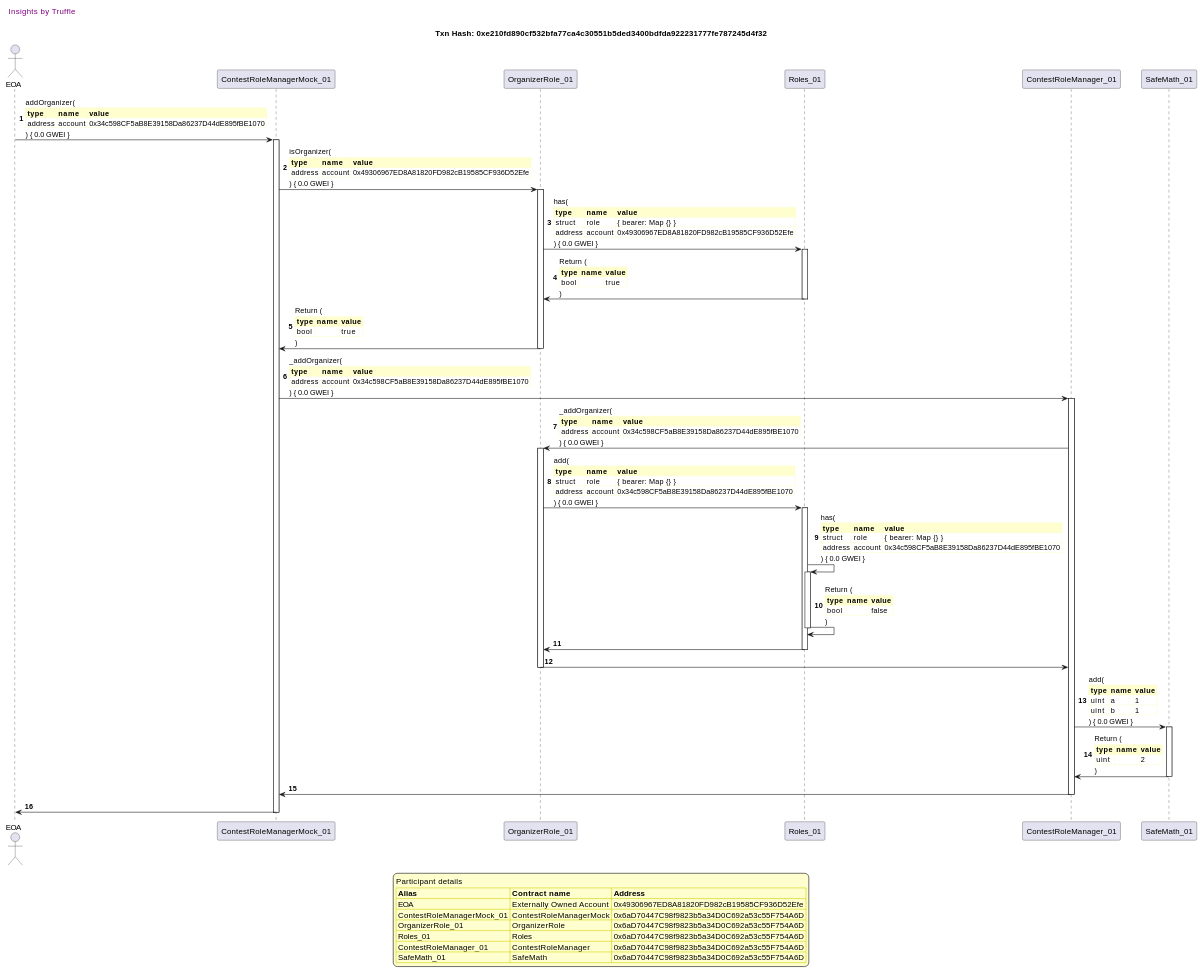
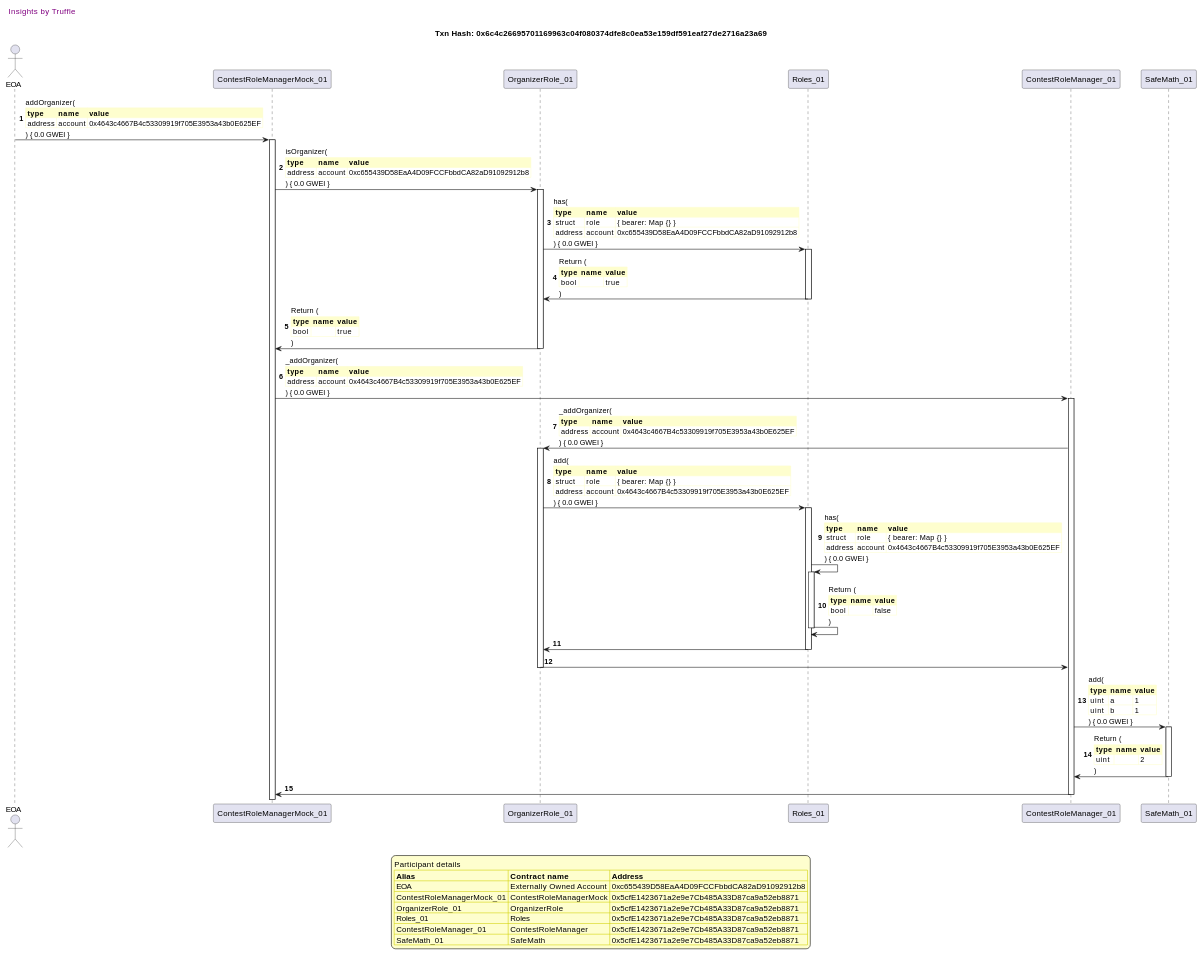
Before and after one commit to fodisi/hackapay: the eighth of 20 diagrams in truffle-seq/roles_contestrolemanager.md, drawn with PlantUML. The commit also changed other lines of this file and 10 other files, not shown here.

```diff
--- a/truffle-seq/roles_contestrolemanager.md
+++ b/truffle-seq/roles_contestrolemanager.md
@@ -658,7 +652,7 @@
 
 header Insights by Truffle
 
-title Txn Hash: 0xe210fd890cf532bfa77ca4c30551b5ded3400bdfda922231777fe787245d4f32
+title Txn Hash: 0x6c4c26695701169963c04f080374dfe8c0ea53e159df591eaf27de2716a23a69
 
 
 actor EOA as "EOA"
@@ -670,16 +664,16 @@
 
 "EOA" -> "ContestRoleManagerMock_01" ++: addOrganizer(\n\
 <#FEFECE,#FEFECE>|= type |= name |= value |\n\
-| address | account | 0x34c598CF5aB8E39158Da86237D44dE895fBE1070 |\n\
+| address | account | 0x4643c4667B4c53309919f705E3953a43b0E625EF |\n\
 ) { 0.0 GWEI }
 "ContestRoleManagerMock_01" -> "OrganizerRole_01" ++: isOrganizer(\n\
 <#FEFECE,#FEFECE>|= type |= name |= value |\n\
-| address | account | 0x49306967ED8A81820FD982cB19585CF936D52Efe |\n\
+| address | account | 0xc655439D58EaA4D09FCCFbbdCA82aD91092912b8 |\n\
 ) { 0.0 GWEI }
 "OrganizerRole_01" -> "Roles_01" ++: has(\n\
 <#FEFECE,#FEFECE>|= type |= name |= value |\n\
 | struct | role | { bearer: Map {} } |\n\
-| address | account | 0x49306967ED8A81820FD982cB19585CF936D52Efe |\n\
+| address | account | 0xc655439D58EaA4D09FCCFbbdCA82aD91092912b8 |\n\
 ) { 0.0 GWEI }
 "Roles_01" -> "OrganizerRole_01" --: Return (\n\
 <#FEFECE,#FEFECE>|= type |= name |= value |\n\
@@ -691,21 +685,21 @@
 )
 "ContestRoleManagerMock_01" -> "ContestRoleManager_01" ++: _addOrganizer(\n\
 <#FEFECE,#FEFECE>|= type |= name |= value |\n\
-| address | account | 0x34c598CF5aB8E39158Da86237D44dE895fBE1070 |\n\
+| address | account | 0x4643c4667B4c53309919f705E3953a43b0E625EF |\n\
 ) { 0.0 GWEI }
 "ContestRoleManager_01" -> "OrganizerRole_01" ++: _addOrganizer(\n\
 <#FEFECE,#FEFECE>|= type |= name |= value |\n\
-| address | account | 0x34c598CF5aB8E39158Da86237D44dE895fBE1070 |\n\
+| address | account | 0x4643c4667B4c53309919f705E3953a43b0E625EF |\n\
 ) { 0.0 GWEI }
 "OrganizerRole_01" -> "Roles_01" ++: add(\n\
 <#FEFECE,#FEFECE>|= type |= name |= value |\n\
 | struct | role | { bearer: Map {} } |\n\
-| address | account | 0x34c598CF5aB8E39158Da86237D44dE895fBE1070 |\n\
+| address | account | 0x4643c4667B4c53309919f705E3953a43b0E625EF |\n\
 ) { 0.0 GWEI }
 "Roles_01" -> "Roles_01" ++: has(\n\
 <#FEFECE,#FEFECE>|= type |= name |= value |\n\
 | struct | role | { bearer: Map {} } |\n\
-| address | account | 0x34c598CF5aB8E39158Da86237D44dE895fBE1070 |\n\
+| address | account | 0x4643c4667B4c53309919f705E3953a43b0E625EF |\n\
 ) { 0.0 GWEI }
 "Roles_01" -> "Roles_01" --: Return (\n\
 <#FEFECE,#FEFECE>|= type |= name |= value |\n\
@@ -723,17 +717,16 @@
 | uint |  | 2 |\n\
 )
 "ContestRoleManager_01" -> "ContestRoleManagerMock_01" --: 
-"ContestRoleManagerMock_01" -> "EOA" --: 
 
 legend
 Participant details
 <#FEFECE,#D0D000>|= Alias |= Contract name |= Address |
-<#FEFECE>| EOA | Externally Owned Account | 0x49306967ED8A81820FD982cB19585CF936D52Efe |
-<#FEFECE>| ContestRoleManagerMock_01 | ContestRoleManagerMock | 0x6aD70447C98f9823b5a34D0C692a53c55F754A6D |
-<#FEFECE>| OrganizerRole_01 | OrganizerRole | 0x6aD70447C98f9823b5a34D0C692a53c55F754A6D |
-<#FEFECE>| Roles_01 | Roles | 0x6aD70447C98f9823b5a34D0C692a53c55F754A6D |
-<#FEFECE>| ContestRoleManager_01 | ContestRoleManager | 0x6aD70447C98f9823b5a34D0C692a53c55F754A6D |
-<#FEFECE>| SafeMath_01 | SafeMath | 0x6aD70447C98f9823b5a34D0C692a53c55F754A6D |
+<#FEFECE>| EOA | Externally Owned Account | 0xc655439D58EaA4D09FCCFbbdCA82aD91092912b8 |
+<#FEFECE>| ContestRoleManagerMock_01 | ContestRoleManagerMock | 0x5cfE1423671a2e9e7Cb485A33D87ca9a52eb8871 |
+<#FEFECE>| OrganizerRole_01 | OrganizerRole | 0x5cfE1423671a2e9e7Cb485A33D87ca9a52eb8871 |
+<#FEFECE>| Roles_01 | Roles | 0x5cfE1423671a2e9e7Cb485A33D87ca9a52eb8871 |
+<#FEFECE>| ContestRoleManager_01 | ContestRoleManager | 0x5cfE1423671a2e9e7Cb485A33D87ca9a52eb8871 |
+<#FEFECE>| SafeMath_01 | SafeMath | 0x5cfE1423671a2e9e7Cb485A33D87ca9a52eb8871 |
 endlegend
 
 @enduml
```
